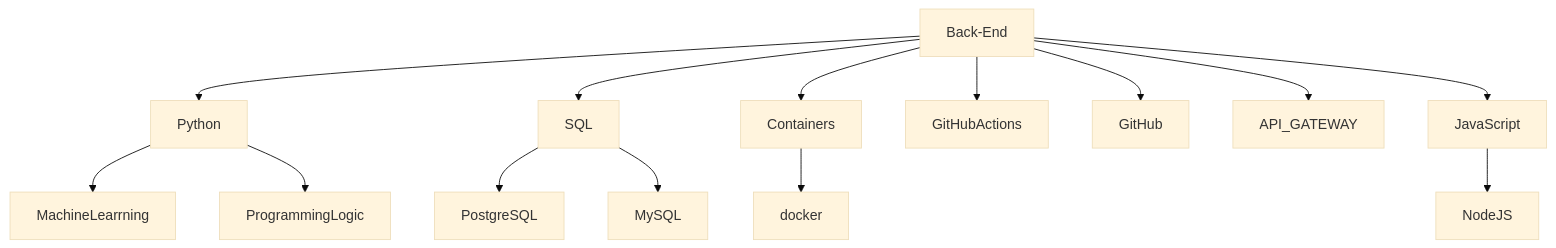
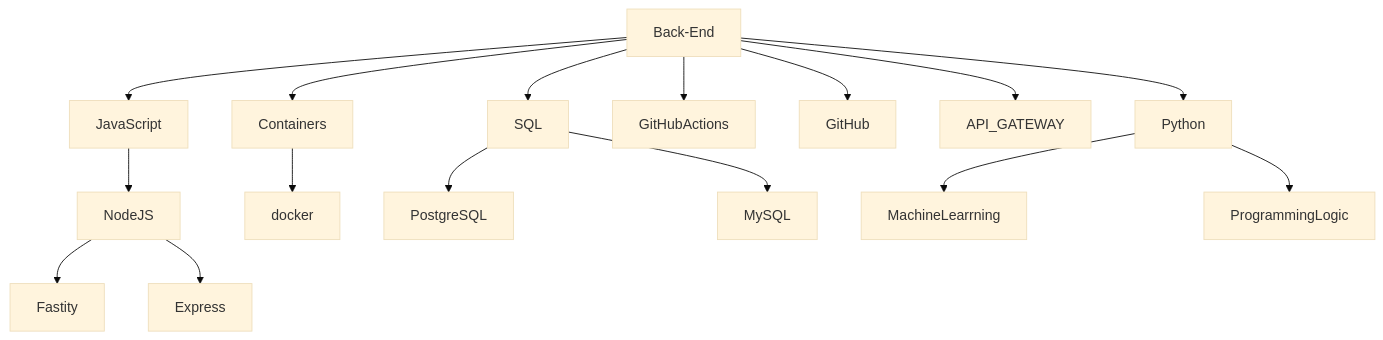
Before and after one commit to RafaelDevProjects/RafaelDevProjects: the second of 2 diagrams in README.md, drawn with Mermaid (base theme).

````diff
--- a/README.md
+++ b/README.md
@@ -36,16 +36,18 @@
 ```mermaid
 graph TD;
     Back-End-->Python;
     Back-End-->SQL;
     Back-End-->Containers;
     Back-End-->GitHubActions;
     Back-End-->GitHub;
     Back-End-->API_GATEWAY;
     Back-End-->JavaScript
     JavaScript-->NodeJS
+    NodeJS-->Fastity;
+    NodeJS-->Express;
     Containers-->docker;
     SQL-->PostgreSQL;
     SQL-->MySQL;
     Python-->MachineLearrning;
     Python--> ProgrammingLogic;
 ```
````
